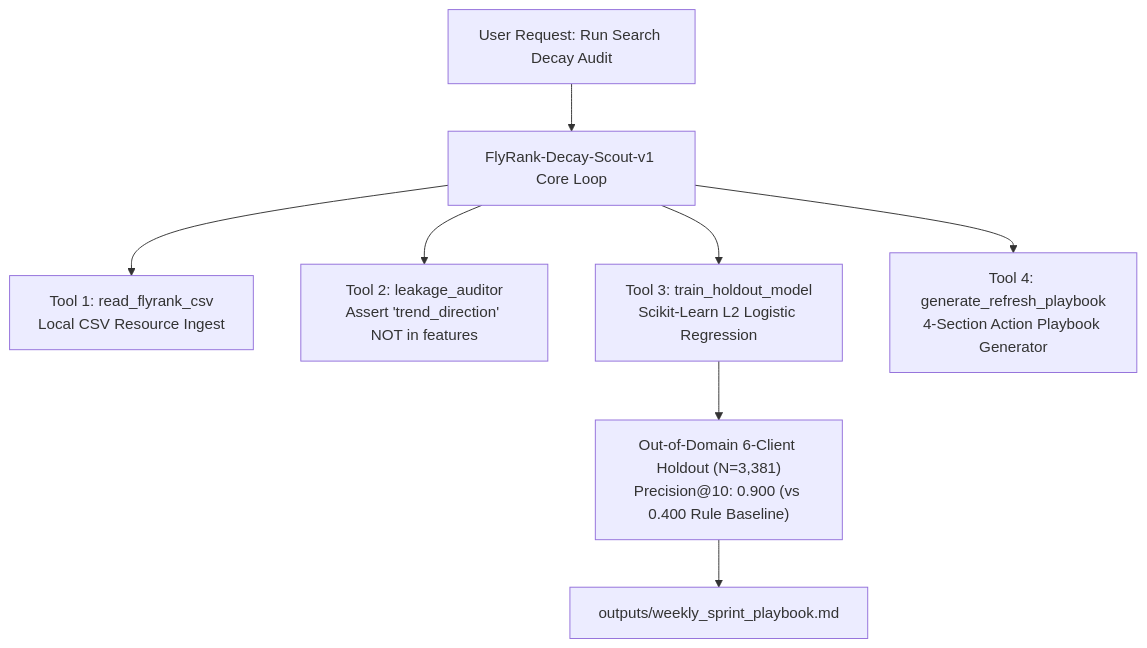
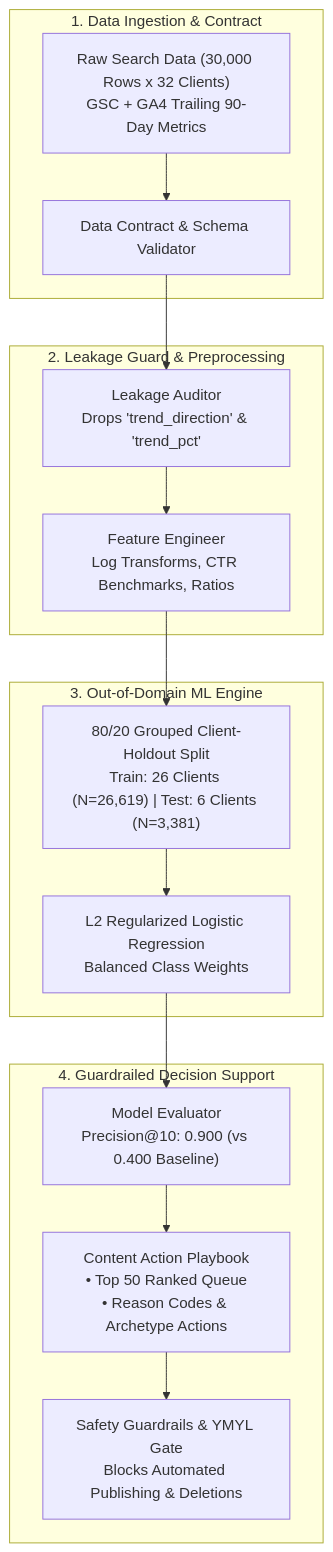
One commit to ZeyadArafa/FlyRank-Intern changed the diagram in submission/week_08_fl09_documentation_demo_video.md. Above: the diagram before and after it, drawn with Mermaid. The commit also changed other lines of this file and 5 other files, not shown here.

````diff
--- a/submission/week_08_fl09_documentation_demo_video.md
+++ b/submission/week_08_fl09_documentation_demo_video.md
@@ -60,11 +133,28 @@
 ```mermaid
-graph TD
-    USER["User Request: Run Search Decay Audit"] --> AGENT["FlyRank-Decay-Scout-v1 Core Loop"]
-    AGENT --> T1["Tool 1: read_flyrank_csv<br/>Local CSV Resource Ingest"]
-    AGENT --> T2["Tool 2: leakage_auditor<br/>Assert 'trend_direction' NOT in features"]
-    AGENT --> T3["Tool 3: train_holdout_model<br/>Scikit-Learn L2 Logistic Regression"]
-    AGENT --> T4["Tool 4: generate_refresh_playbook<br/>4-Section Action Playbook Generator"]
-    
-    T3 --> EVAL["Out-of-Domain 6-Client Holdout (N=3,381)<br/>Precision@10: 0.900 (vs 0.400 Rule Baseline)"]
-    EVAL --> OUTPUT["outputs/weekly_sprint_playbook.md"]
+flowchart TD
+    subgraph INGEST["1. Data Ingestion & Contract"]
+        RAW["Raw Search Data (30,000 Rows x 32 Clients)<br/>GSC + GA4 Trailing 90-Day Metrics"]
+        DC["Data Contract & Schema Validator"]
+        RAW --> DC
+    end
+
+    subgraph AUDIT["2. Leakage Guard & Preprocessing"]
+        LEAK["Leakage Auditor<br/>Drops 'trend_direction' & 'trend_pct'"]
+        FE["Feature Engineer<br/>Log Transforms, CTR Benchmarks, Ratios"]
+        DC --> LEAK --> FE
+    end
+
+    subgraph MODEL["3. Out-of-Domain ML Engine"]
+        SPLIT["80/20 Grouped Client-Holdout Split<br/>Train: 26 Clients (N=26,619) | Test: 6 Clients (N=3,381)"]
+        LR["L2 Regularized Logistic Regression<br/>Balanced Class Weights"]
+        FE --> SPLIT --> LR
+    end
+
+    subgraph OUTPUT["4. Guardrailed Decision Support"]
+        EVAL["Model Evaluator<br/>Precision@10: 0.900 (vs 0.400 Baseline)"]
+        PLAYBOOK["Content Action Playbook<br/>• Top 50 Ranked Queue<br/>• Reason Codes & Archetype Actions"]
+        GUARD["Safety Guardrails & YMYL Gate<br/>Blocks Automated Publishing & Deletions"]
+        
+        LR --> EVAL --> PLAYBOOK --> GUARD
+    end
 ```
````
